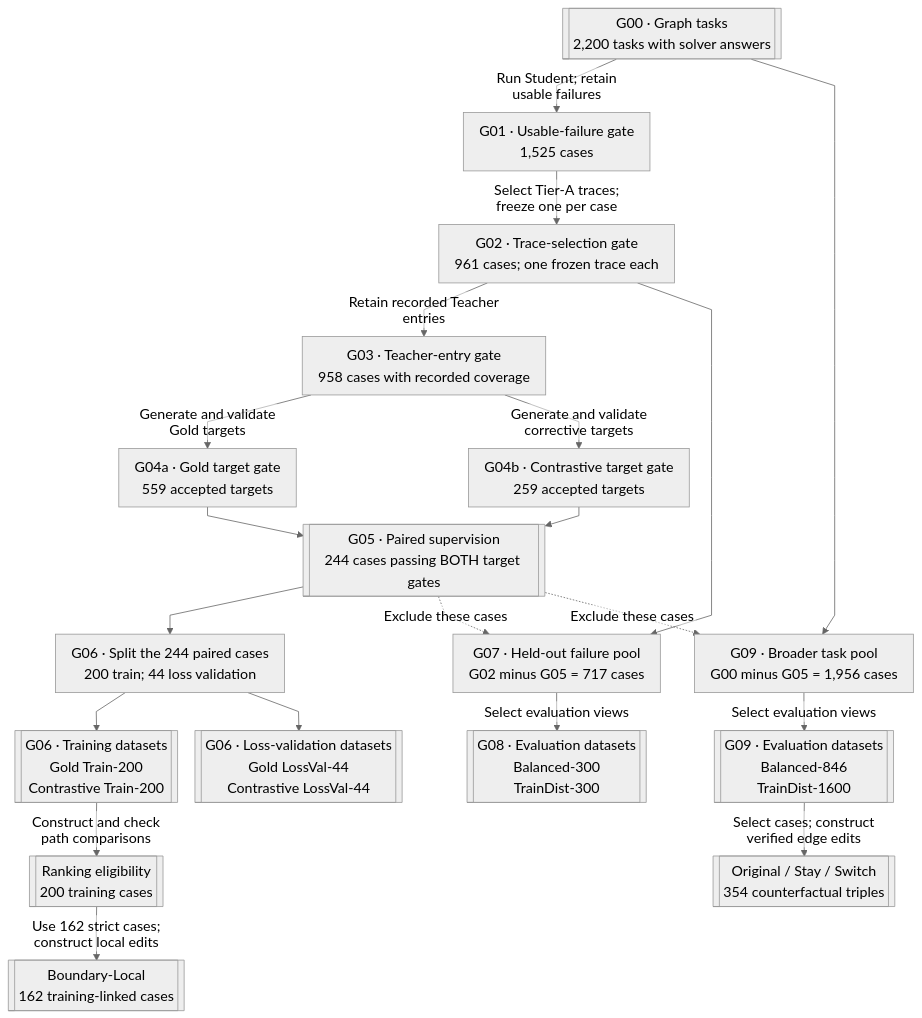
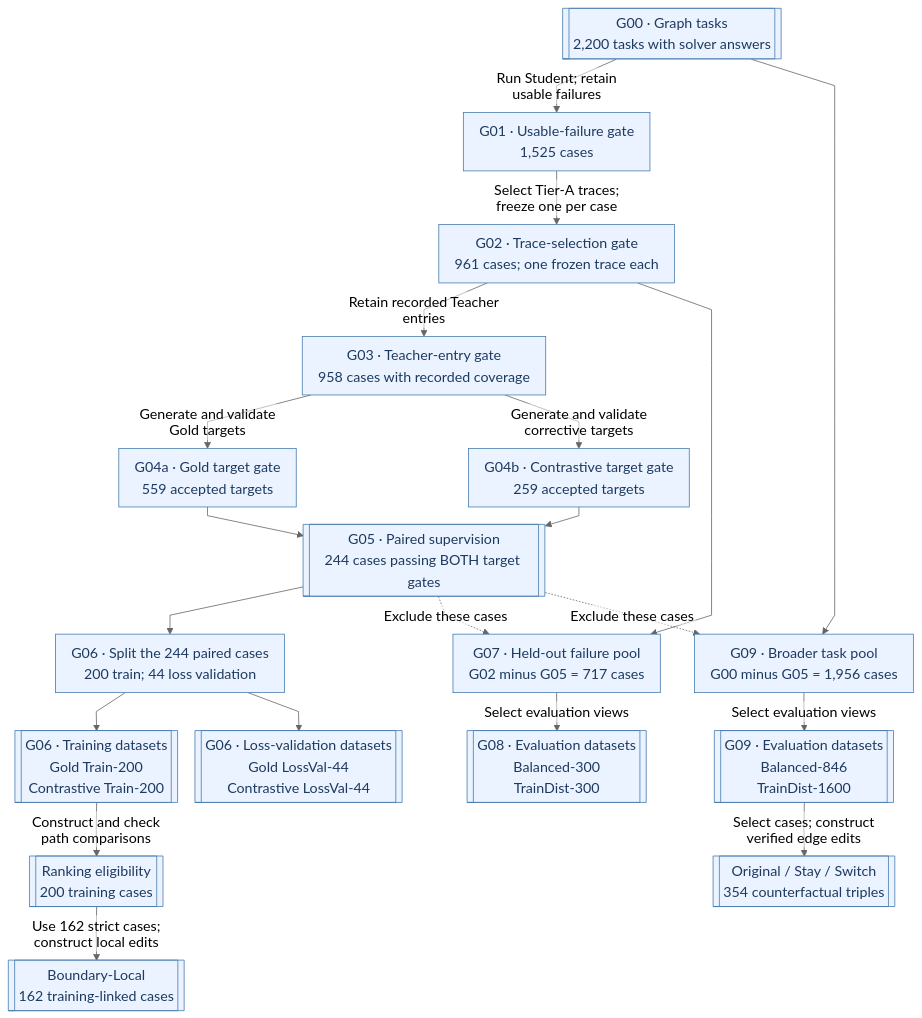
Before and after one commit to MinervaCyy/PathFACT: the diagram in README.md, drawn with Mermaid.

````diff
--- a/README.md
+++ b/README.md
@@ -96,4 +96,6 @@
     RANK -->|"Use 162 strict cases; construct local edits"| BOUNDARY
 
     G09 -->|"Select cases; construct verified edge edits"| CF
+
+    classDef default fill:#EAF3FF,stroke:#477CAF,color:#1E3A5F
 ```
````
